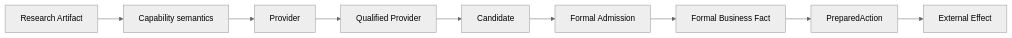
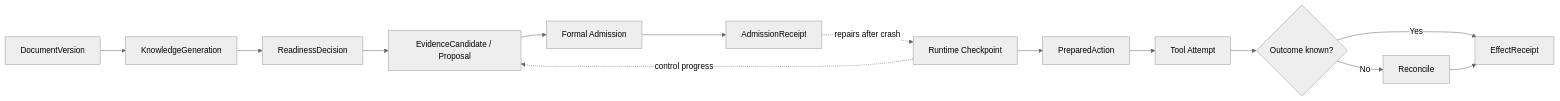
One commit to ProfessorZhi/Zuno changed the third of 6 diagrams in docs/architecture/architecture-views.md. Above: the diagram before and after it, drawn with Mermaid (neutral theme). The commit also changed other lines of this file, not shown here.

Commit message:
docs: preserve architecture views while rebinding source

````diff
--- a/docs/architecture/architecture-views.md
+++ b/docs/architecture/architecture-views.md
@@ -57,15 +59,23 @@
 ```mermaid
 flowchart LR
-  R[Research Artifact]
-  CAP[Capability semantics]
-  PROV[Provider]
-  QUAL[Qualified Provider]
-  CAND[Candidate]
-  ADM[Formal Admission]
-  FACT[Formal Business Fact]
-  ACTION[PreparedAction]
-  EFFECT[External Effect]
+  DOC[DocumentVersion]
+  KG[KnowledgeGeneration]
+  READY[ReadinessDecision]
+  CAND[EvidenceCandidate / Proposal]
+  ADMIT[Formal Admission]
+  RECEIPT[AdmissionReceipt]
+  RUN[Runtime Checkpoint]
+  PREP[PreparedAction]
+  TRY[Tool Attempt]
+  UNKNOWN{Outcome known?}
+  EFFECT[EffectReceipt]
+  RECON[Reconcile]
 
-  R --> CAP --> PROV --> QUAL --> CAND --> ADM --> FACT
-  FACT --> ACTION --> EFFECT
+  DOC --> KG --> READY
+  READY --> CAND --> ADMIT --> RECEIPT
+  RUN -. control progress .-> CAND
+  RECEIPT -. repairs after crash .-> RUN
+  RUN --> PREP --> TRY --> UNKNOWN
+  UNKNOWN -->|Yes| EFFECT
+  UNKNOWN -->|No| RECON --> EFFECT
 ```
````
